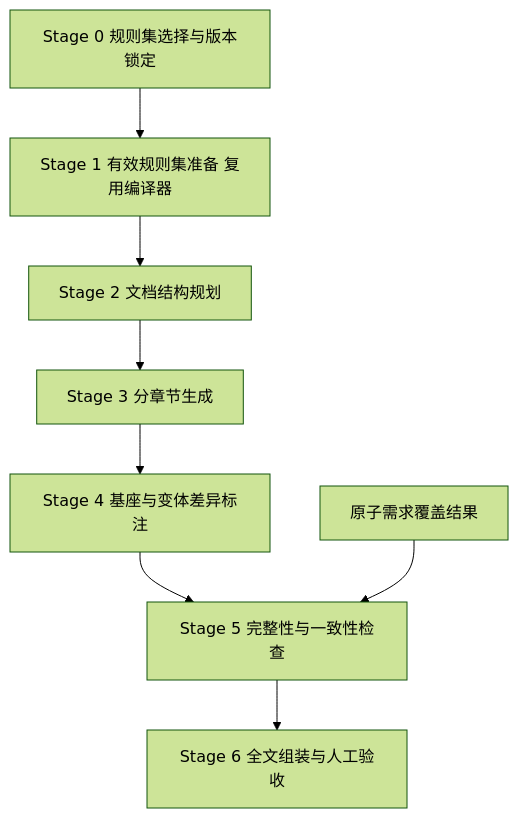
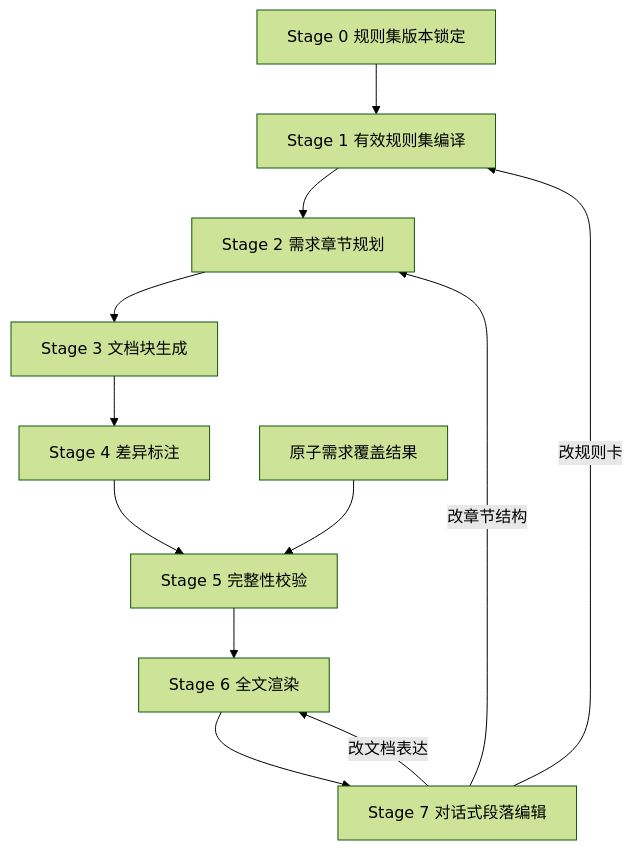
One commit to mickorz/MahjongRuleKB changed the diagram in dev-docs/design/2026-11-24-需求全文生成与变体差异标注.md. Above: the diagram before and after it, drawn with Mermaid (forest theme). The commit also changed other lines of this file and 3 other files, not shown here.

````diff
--- a/dev-docs/design/2026-11-24-需求全文生成与变体差异标注.md
+++ b/dev-docs/design/2026-11-24-需求全文生成与变体差异标注.md
@@ -161,10 +176,14 @@
 ```mermaid
 flowchart TB
-    S0[Stage 0 规则集选择与版本锁定] --> S1[Stage 1 有效规则集准备 复用编译器]
-    S1 --> S2[Stage 2 文档结构规划]
-    S2 --> S3[Stage 3 分章节生成]
-    S3 --> S4[Stage 4 基座与变体差异标注]
-    S4 --> S5[Stage 5 完整性与一致性检查]
-    S5 --> S6[Stage 6 全文组装与人工验收]
+    S0[Stage 0 规则集版本锁定] --> S1[Stage 1 有效规则集编译]
+    S1 --> S2[Stage 2 需求章节规划]
+    S2 --> S3[Stage 3 文档块生成]
+    S3 --> S4[Stage 4 差异标注]
+    S4 --> S5[Stage 5 完整性校验]
+    S5 --> S6[Stage 6 全文渲染]
+    S6 --> S7[Stage 7 对话式段落编辑]
+    S7 -->|改规则卡| S1
+    S7 -->|改文档表达| S6
+    S7 -->|改章节结构| S2
     REQ[原子需求覆盖结果] --> S5
 ```
````
